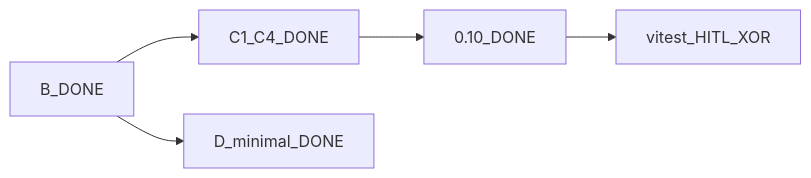
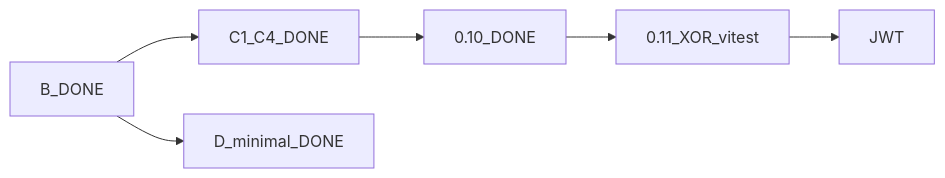
Before and after one commit to Spawn2018/OmniRoute: the diagram in docs/PLAN-REALIZACJA.md, drawn with Mermaid. The commit also changed other lines of this file and 18 other files, not shown here.

First line of the commit message:
feat(M-20): plaster 0.11 HTTP XOR and HITL body vitest

````diff
--- a/docs/PLAN-REALIZACJA.md
+++ b/docs/PLAN-REALIZACJA.md
@@ -8,7 +8,8 @@
 ```mermaid
 flowchart LR
   doneB[B_DONE] --> doneC[C1_C4_DONE]
   doneC --> doneC5[0.10_DONE]
-  doneC5 --> next[vitest_HITL_XOR]
+  doneC5 --> doneXor[0.11_XOR_vitest]
+  doneXor --> next[JWT]
   doneB --> doneD[D_minimal_DONE]
 ```
````
